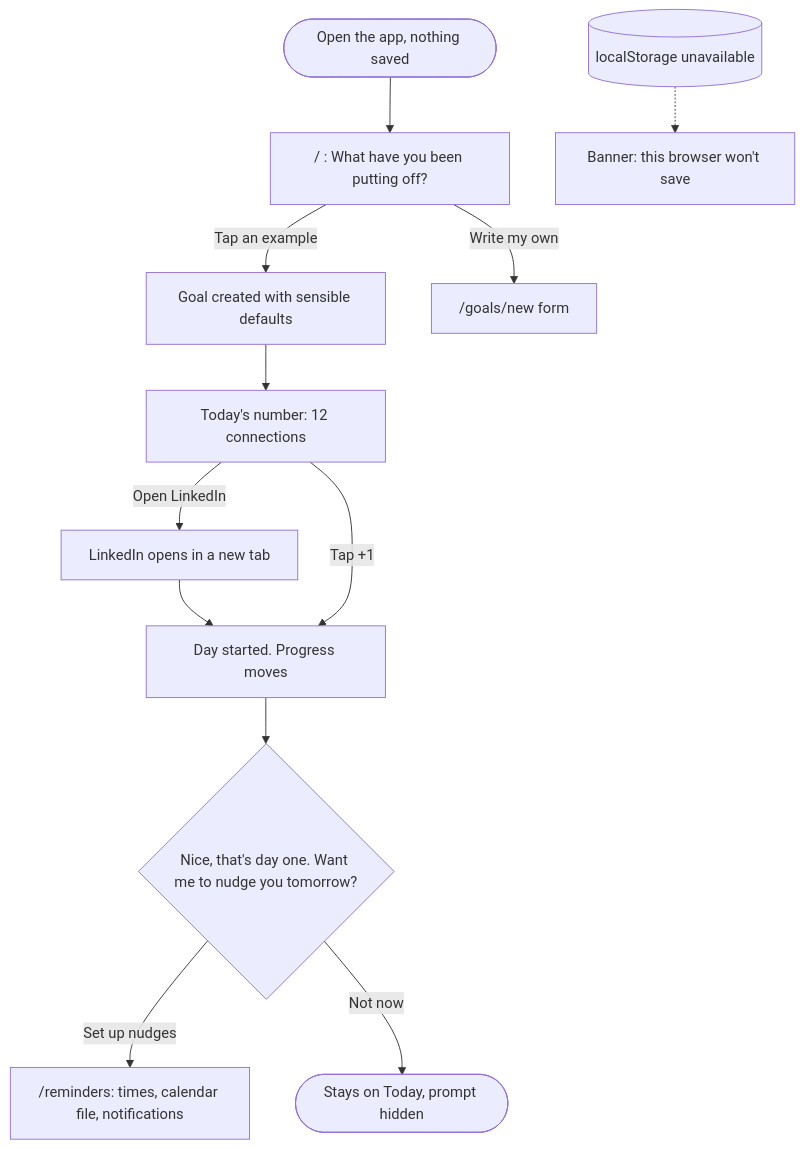
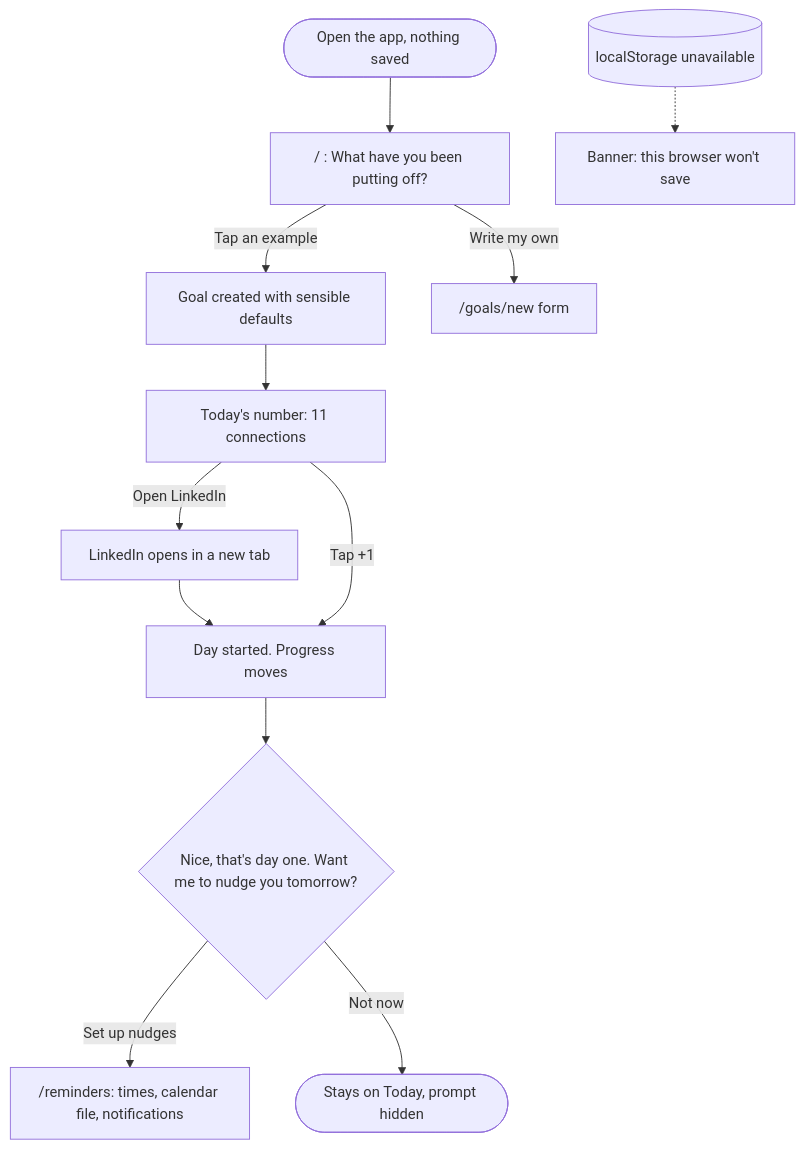
The first of 4 diagrams in flows.md (jessieyiqichen/dbs-a3), drawn with Mermaid before and after one commit.

Commit message:
docs: fix example number in first-visit flow

````diff
--- a/flows.md
+++ b/flows.md
@@ -9,14 +9,14 @@
 ```mermaid
 flowchart TD
     A([Open the app, nothing saved]) --> B["/ : What have you been putting off?"]
     B -->|Tap an example| C[Goal created with sensible defaults]
     B -->|Write my own| F["/goals/new form"]
-    C --> D["Today's number: 12 connections"]
+    C --> D["Today's number: 11 connections"]
     D -->|Open LinkedIn| L[LinkedIn opens in a new tab]
     L --> E
     D -->|Tap +1| E[Day started. Progress moves]
     E --> R{"Nice, that's day one. Want me to nudge you tomorrow?"}
     R -->|Set up nudges| N["/reminders: times, calendar file, notifications"]
     R -->|Not now| T([Stays on Today, prompt hidden])
     S[(localStorage unavailable)] -.-> W[Banner: this browser won't save]
 ```
````
